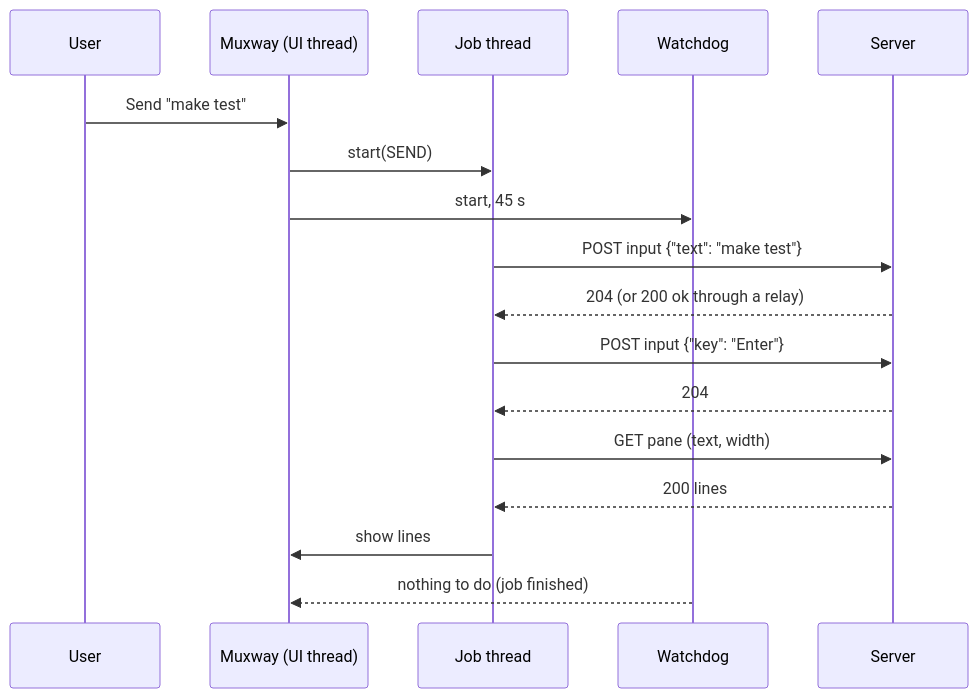
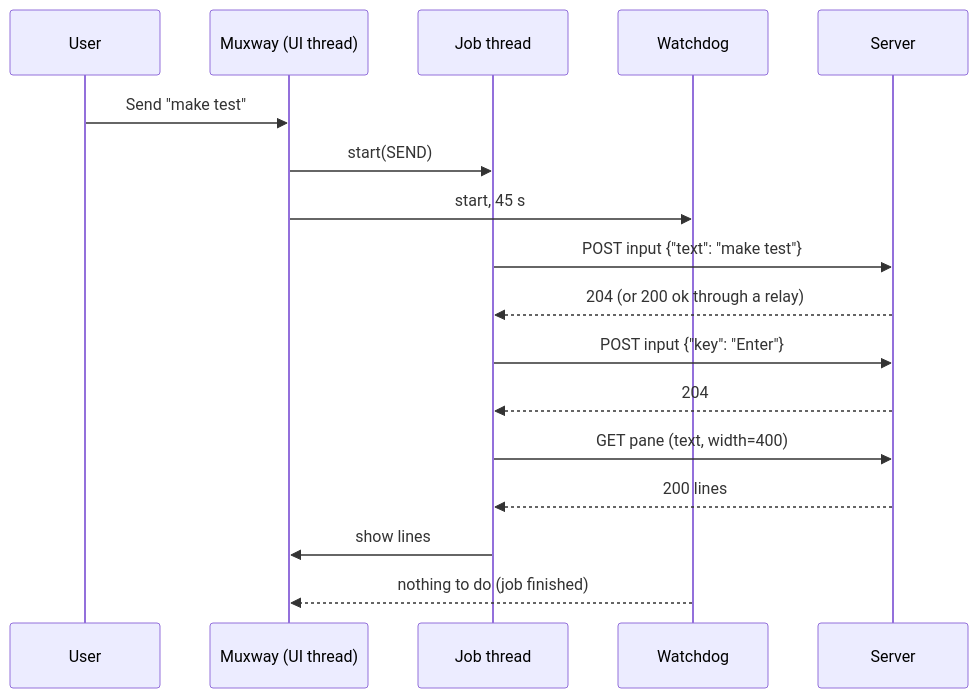
Before and after one commit to notmarkopadjen/muxway-midp: the third of 3 diagrams in docs/ARCHITECTURE.md, drawn with Mermaid. The commit also changed other lines of this file and 15 other files, not shown here.

````diff
--- a/docs/ARCHITECTURE.md
+++ b/docs/ARCHITECTURE.md
@@ -71,19 +75,19 @@
 ```mermaid
 sequenceDiagram
     participant U as User
     participant M as Muxway (UI thread)
     participant J as Job thread
     participant W as Watchdog
     participant S as Server
     U->>M: Send "make test"
     M->>J: start(SEND)
     M->>W: start, 45 s
     J->>S: POST input {"text": "make test"}
     S-->>J: 204 (or 200 ok through a relay)
     J->>S: POST input {"key": "Enter"}
     S-->>J: 204
-    J->>S: GET pane (text, width)
+    J->>S: GET pane (text, width=400)
     S-->>J: 200 lines
     J->>M: show lines
     W-->>M: nothing to do (job finished)
 ```
````
